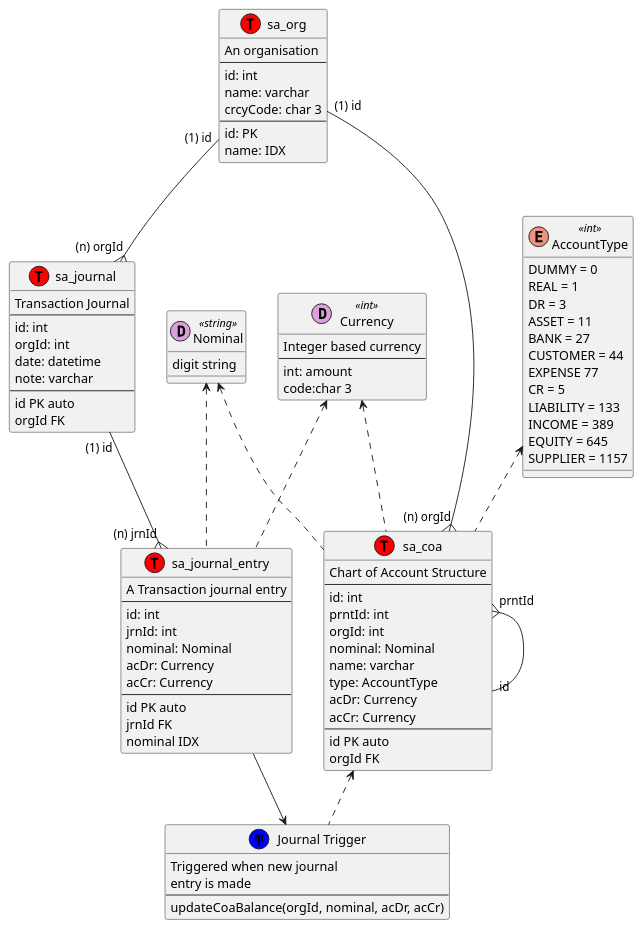
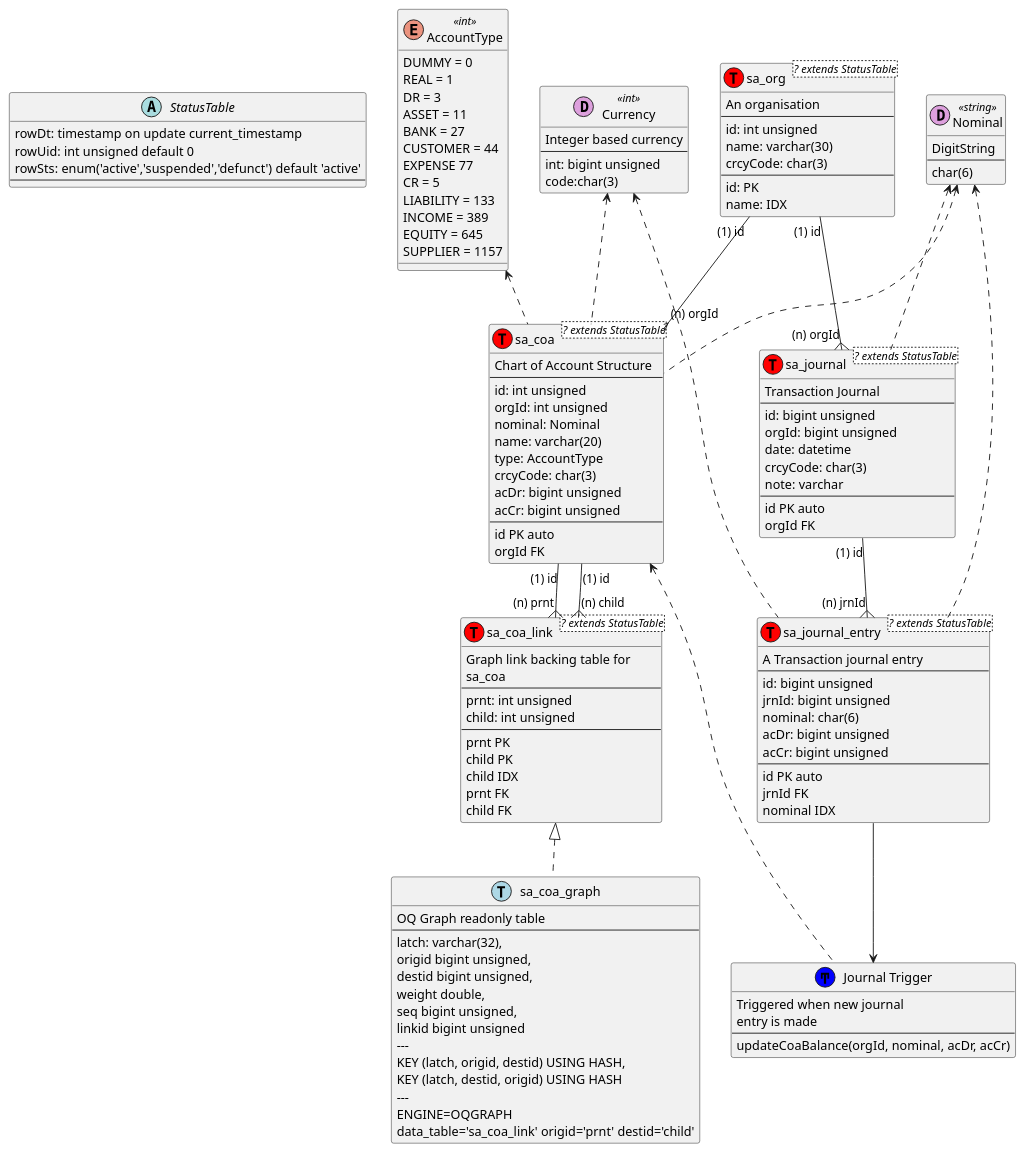
Before and after one commit to chippyash/Simple-Accounts: the diagram in src/Chippyash/SAccounts/Storage/Account/ZendDB/docs/Sql Model.puml, drawn with PlantUML.

Commit message:
update uml

```diff
--- a/src/Chippyash/SAccounts/Storage/Account/ZendDB/docs/Sql Model.puml
+++ b/src/Chippyash/SAccounts/Storage/Account/ZendDB/docs/Sql Model.puml
@@ -1,99 +1,143 @@
 @startuml
 
-class sa_org << (T,red) >> {
+abstract class StatusTable {
+	rowDt: timestamp on update current_timestamp
+	rowUid: int unsigned default 0
+	rowSts: enum('active','suspended','defunct') default 'active'
+	---
+}
+
+class sa_org<? extends StatusTable> << (T,red)>> {
 	An organisation
 	---
-	id: int
-	name: varchar
-	crcyCode: char 3
+	id: int unsigned
+	name: varchar(30)
+	crcyCode: char(3)
 	---
 	id: PK
 	name: IDX
 }
 
-class sa_coa << (T,red) >> {
+class sa_coa<? extends StatusTable> << (T,red) >> {
 	Chart of Account Structure
 	---
-	id: int
-	prntId: int
-	orgId: int
+	id: int unsigned
+	orgId: int unsigned
 	nominal: Nominal
-	name: varchar
+	name: varchar(20)
 	type: AccountType
-	acDr: Currency
-	acCr: Currency
+	crcyCode: char(3)
+	acDr: bigint unsigned
+	acCr: bigint unsigned
 	---
     id PK auto
 	orgId FK
 }
 
-class sa_journal << (T, red) >> {
+class sa_coa_link<? extends StatusTable> << (T,red) >> {
+	Graph link backing table for
+	sa_coa
+	---
+	prnt: int unsigned
+	child: int unsigned
+	---
+	prnt PK
+	child PK
+	child IDX
+	prnt FK
+	child FK
+}
+
+class sa_coa_graph << (T,lightblue) >> {
+	OQ Graph readonly table
+	---
+	latch: varchar(32),
+  	origid bigint unsigned,
+  	destid bigint unsigned,
+  	weight double,
+  	seq bigint unsigned,
+  	linkid bigint unsigned
+  	---
+  	KEY (latch, origid, destid) USING HASH,
+  	KEY (latch, destid, origid) USING HASH
+  	---
+  	ENGINE=OQGRAPH
+    data_table='sa_coa_link' origid='prnt' destid='child'
+}
+
+class sa_journal<? extends StatusTable> << (T, red) >> {
 	Transaction Journal
 	---
-	id: int
-	orgId: int
+	id: bigint unsigned
+	orgId: bigint unsigned
 	date: datetime
+	crcyCode: char(3)
 	note: varchar
 	---
 	id PK auto
 	orgId FK
 }
 
-class sa_journal_entry << (T, red >> {
+class sa_journal_entry<? extends StatusTable> << (T, red >> {
 	A Transaction journal entry
 	---
-	id: int
-	jrnId: int
-	nominal: Nominal
-	acDr: Currency
-	acCr: Currency
+	id: bigint unsigned
+	jrnId: bigint unsigned
+	nominal: char(6)
+	acDr: bigint unsigned
+	acCr: bigint unsigned
 	---
 	id PK auto
 	jrnId FK
 	nominal IDX
 }
 
 enum AccountType << int >> {
 	DUMMY = 0
 	REAL = 1
 	DR = 3
 	ASSET = 11
 	BANK = 27
 	CUSTOMER = 44
 	EXPENSE 77
 	CR = 5
 	LIABILITY = 133
 	INCOME = 389
 	EQUITY = 645
 	SUPPLIER = 1157
 }
 
 class Currency << (D,plum) int >> {
 	Integer based currency
 	---
-	int: amount
-	code:char 3
+	int: bigint unsigned
+	code:char(3)
 }
 class Nominal << (D,plum) string >> {
-	digit string
+	DigitString
+	---
+	char(6)
 }
 
 class "Journal Trigger" << (Ͳ,blue) >> {
 	Triggered when new journal
 	entry is made
 	---
 	updateCoaBalance(orgId, nominal, acDr, acCr)
 }
 
 sa_org "(1) id" --{ "(n) orgId" sa_coa
-sa_coa  "prntId" }-- "id" sa_coa
 sa_org "(1) id" --{ "(n) orgId" sa_journal
+sa_coa "(1) id" --{ "(n) prnt" sa_coa_link
+sa_coa "(1) id" --{ "(n) child" sa_coa_link
+sa_coa_link <|.. sa_coa_graph
 sa_journal "(1) id" --{ "(n) jrnId" sa_journal_entry
 sa_journal_entry --> "Journal Trigger"
 sa_coa <.. "Journal Trigger"
 AccountType <.. sa_coa
 Currency <.. sa_coa
 Nominal <.. sa_coa
+Nominal <.. sa_journal
 Nominal <.. sa_journal_entry
 Currency <.. sa_journal_entry
 @enduml
```
